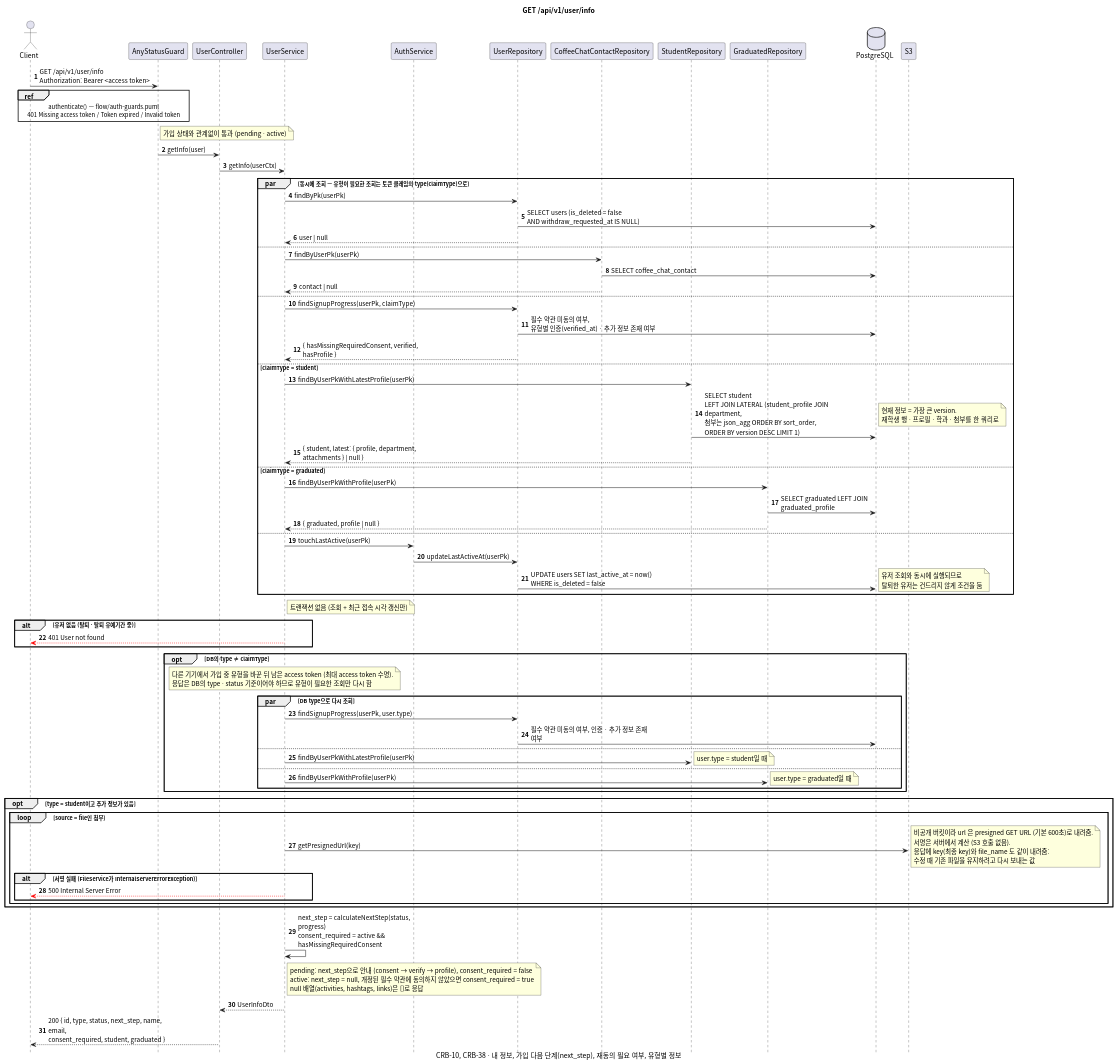
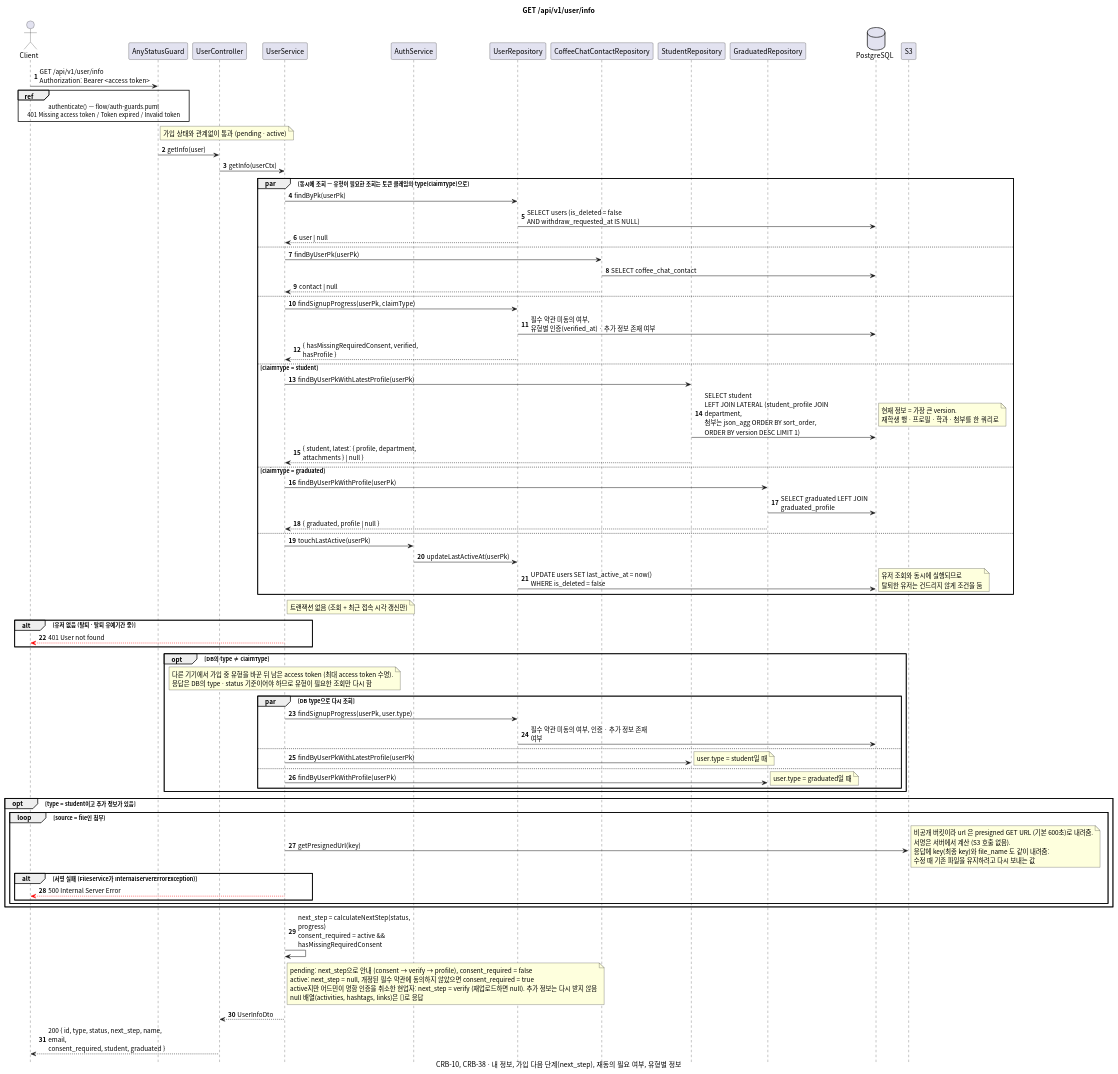
The diagram in docs/sequence/user/get-info.puml (gsainfoteam/cheers-be), drawn with PlantUML before and after one commit. The commit also changed 11 other files, not shown here.

Commit message:
- docs: add business card sequence diagrams (CRB-44)

```diff
--- a/docs/sequence/user/get-info.puml
+++ b/docs/sequence/user/get-info.puml
@@ -1,101 +1,102 @@
 @startuml get-info
 skinparam defaultFontName "Apple SD Gothic Neo", "Noto Sans CJK KR", sans-serif
 skinparam responseMessageBelowArrow true
 skinparam sequenceMessageAlign left
 skinparam maxMessageSize 260
 skinparam BoxPadding 8
 skinparam shadowing false
 autonumber
 hide footbox
 
 title GET /api/v1/user/info
 caption CRB-10, CRB-38 · 내 정보, 가입 다음 단계(next_step), 재동의 필요 여부, 유형별 정보
 
 actor Client
 participant "AnyStatusGuard" as Guard
 participant "UserController" as Controller
 participant "UserService" as Service
 participant "AuthService" as AuthService
 participant "UserRepository" as UserRepository
 participant "CoffeeChatContactRepository" as CoffeeChatContactRepository
 participant "StudentRepository" as StudentRepository
 participant "GraduatedRepository" as GraduatedRepository
 database PostgreSQL
 participant "S3"
 
 Client -> Guard: GET /api/v1/user/info\nAuthorization: Bearer <access token>
 ref over Client, Guard: authenticate() — flow/auth-guards.puml\n401 Missing access token / Token expired / Invalid token
 note right of Guard: 가입 상태와 관계없이 통과 (pending · active)
 Guard -> Controller: getInfo(user)
 Controller -> Service: getInfo(userCtx)
 
 par 동시에 조회 — 유형이 필요한 조회는 토큰 클레임의 type(claimType)으로
   Service -> UserRepository: findByPk(userPk)
   UserRepository -> PostgreSQL: SELECT users (is_deleted = false\nAND withdraw_requested_at IS NULL)
   UserRepository --> Service: user | null
 else
   Service -> CoffeeChatContactRepository: findByUserPk(userPk)
   CoffeeChatContactRepository -> PostgreSQL: SELECT coffee_chat_contact
   CoffeeChatContactRepository --> Service: contact | null
 else
   Service -> UserRepository: findSignupProgress(userPk, claimType)
   UserRepository -> PostgreSQL: 필수 약관 미동의 여부,\n유형별 인증(verified_at) · 추가 정보 존재 여부
   UserRepository --> Service: { hasMissingRequiredConsent, verified, hasProfile }
 else claimType = student
   Service -> StudentRepository: findByUserPkWithLatestProfile(userPk)
   StudentRepository -> PostgreSQL: SELECT student\nLEFT JOIN LATERAL (student_profile JOIN department,\n첨부는 json_agg ORDER BY sort_order,\nORDER BY version DESC LIMIT 1)
   note right: 현재 정보 = 가장 큰 version.\n재학생 행 · 프로필 · 학과 · 첨부를 한 쿼리로
   StudentRepository --> Service: { student, latest: { profile, department, attachments } | null }
 else claimType = graduated
   Service -> GraduatedRepository: findByUserPkWithProfile(userPk)
   GraduatedRepository -> PostgreSQL: SELECT graduated LEFT JOIN graduated_profile
   GraduatedRepository --> Service: { graduated, profile | null }
 else
   Service -> AuthService: touchLastActive(userPk)
   AuthService -> UserRepository: updateLastActiveAt(userPk)
   UserRepository -> PostgreSQL: UPDATE users SET last_active_at = now()\nWHERE is_deleted = false
   note right: 유저 조회와 동시에 실행되므로\n탈퇴한 유저는 건드리지 않게 조건을 둠
 end
 note right of Service: 트랜잭션 없음 (조회 + 최근 접속 시각 갱신만)
 
 alt 유저 없음 (탈퇴 · 탈퇴 유예기간 중)
   Service -[#red]-> Client: 401 User not found
 end
 
 opt DB의 type ≠ claimType
   note over Service
     다른 기기에서 가입 중 유형을 바꾼 뒤 남은 access token (최대 access token 수명).
     응답은 DB의 type · status 기준이어야 하므로 유형이 필요한 조회만 다시 함
   end note
   par DB type으로 다시 조회
     Service -> UserRepository: findSignupProgress(userPk, user.type)
     UserRepository -> PostgreSQL: 필수 약관 미동의 여부, 인증 · 추가 정보 존재 여부
   else
     Service -> StudentRepository: findByUserPkWithLatestProfile(userPk)
     note right: user.type = student일 때
   else
     Service -> GraduatedRepository: findByUserPkWithProfile(userPk)
     note right: user.type = graduated일 때
   end
 end
 
 opt type = student이고 추가 정보가 있음
   loop source = file인 첨부
     Service -> S3: getPresignedUrl(key)
     note right: 비공개 버킷이라 url 은 presigned GET URL (기본 600초)로 내려줌.\n서명은 서버에서 계산 (S3 호출 없음).\n응답에 key(최종 key)와 file_name 도 같이 내려줌:\n수정 때 기존 파일을 유지하려고 다시 보내는 값
     alt 서명 실패 (FileService가 InternalServerErrorException)
       Service -[#red]-> Client: 500 Internal Server Error
     end
   end
 end
 
 Service -> Service: next_step = calculateNextStep(status, progress)\nconsent_required = active && hasMissingRequiredConsent
 note right of Service
   pending: next_step으로 안내 (consent → verify → profile), consent_required = false
   active: next_step = null, 개정된 필수 약관에 동의하지 않았으면 consent_required = true
+  active지만 어드민이 명함 인증을 취소한 현업자: next_step = verify (재업로드하면 null). 추가 정보는 다시 받지 않음
   null 배열(activities, hashtags, links)은 []로 응답
 end note
 Service --> Controller: UserInfoDto
 Controller --> Client: 200 { id, type, status, next_step, name, email,\nconsent_required, student, graduated }
 
 @enduml
```
